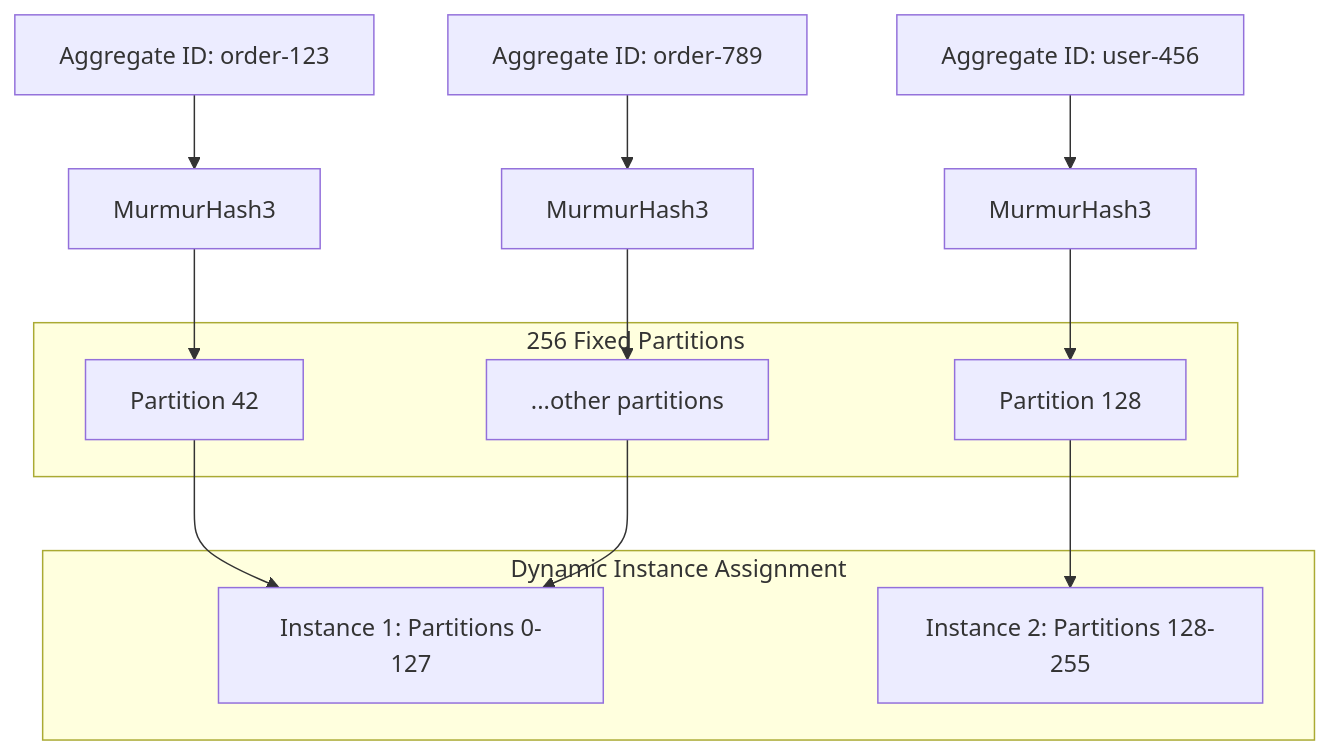
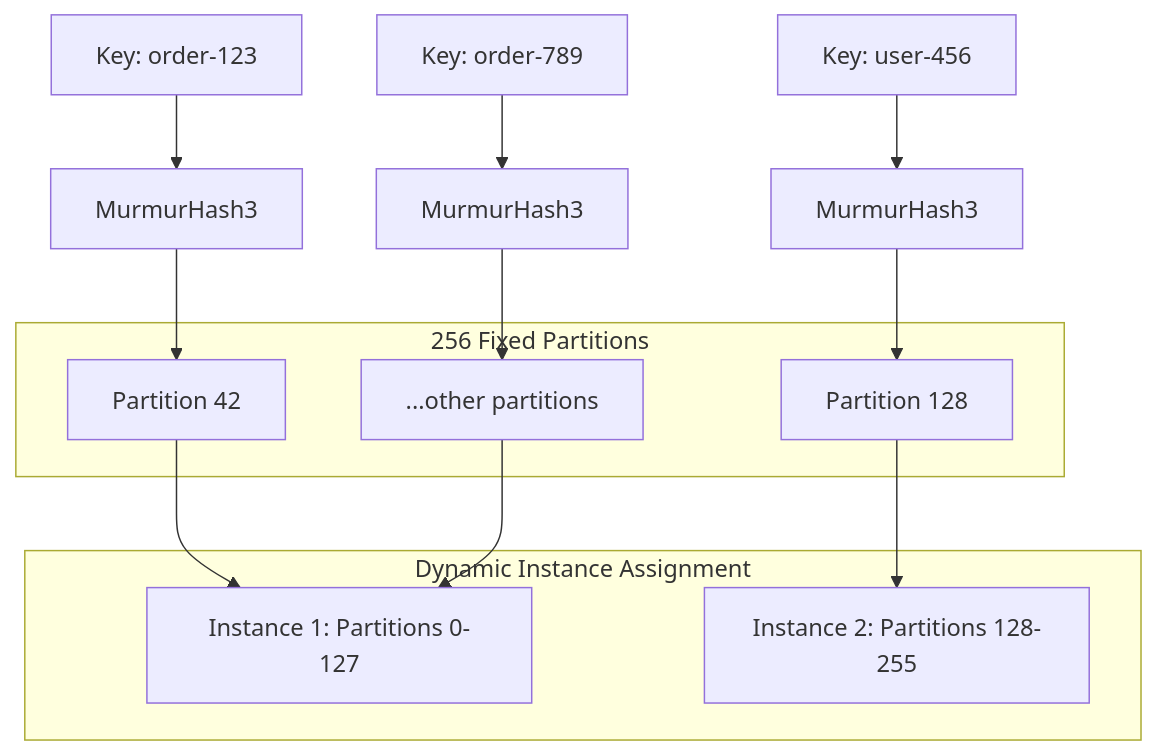
Before and after one commit to namastack/namastack-website: the second of 3 diagrams in docs/features.md, drawn with Mermaid. The commit also changed other lines of this file and 3 other files, not shown here.

````diff
--- a/docs/features.md
+++ b/docs/features.md
@@ -46,25 +96,25 @@
 ```mermaid
 graph TB
-    A[Aggregate ID: order-123] --> H[MurmurHash3]
+    A["Key: order-123"] --> H[MurmurHash3]
     H --> P[Partition 42]
     P --> I1[Instance 1]
     
-    B[Aggregate ID: user-456] --> H2[MurmurHash3]
+    B["Key: user-456"] --> H2[MurmurHash3]
     H2 --> P2[Partition 128]
     P2 --> I2[Instance 2]
     
-    C[Aggregate ID: order-789] --> H3[MurmurHash3]
+    C["Key: order-789"] --> H3[MurmurHash3]
     H3 --> P3[Partition 42]
     P3 --> I1
     
     subgraph "256 Fixed Partitions"
-        P[Partition 42]
-        P2[Partition 128]
+        P
+        P2
         P3["...other partitions"]
     end
     
     subgraph "Dynamic Instance Assignment"
-        I1[Instance 1: Partitions 0-127]
-        I2[Instance 2: Partitions 128-255]
+        I1["Instance 1: Partitions 0-127"]
+        I2["Instance 2: Partitions 128-255"]
     end
 ```
````
